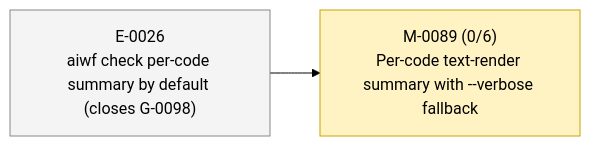
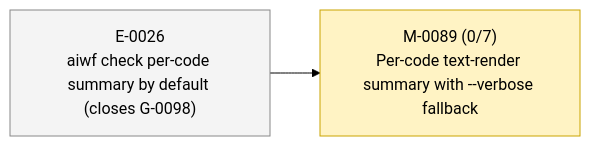
One commit to 23min/aiwf changed the second of 2 diagrams in STATUS.md. Above: the diagram before and after it, drawn with Mermaid (forest theme). The commit also changed other lines of this file and 1 other file, not shown here.

````diff
--- a/STATUS.md
+++ b/STATUS.md
@@ -51,12 +51,12 @@
 ```mermaid
 flowchart LR
   E_0026["E-0026<br/>aiwf check per-code summary by default (closes G-0098)"]:::epic_proposed
-  M_0089["M-0089 (0/6)<br/>Per-code text-render summary with --verbose fallback"]:::ms_in_progress
+  M_0089["M-0089 (0/7)<br/>Per-code text-render summary with --verbose fallback"]:::ms_in_progress
   E_0026 --> M_0089
   classDef epic_active fill:#d6eaff,stroke:#1a73e8,color:#000
   classDef epic_proposed fill:#f4f4f4,stroke:#888,color:#000
   classDef ms_done fill:#d8f5d8,stroke:#2a8a2a,color:#000
   classDef ms_in_progress fill:#fff3c4,stroke:#caa400,color:#000
   classDef ms_draft fill:#f4f4f4,stroke:#888,color:#000
   classDef ms_cancelled fill:#fbeaea,stroke:#c33,color:#000
 ```
````
